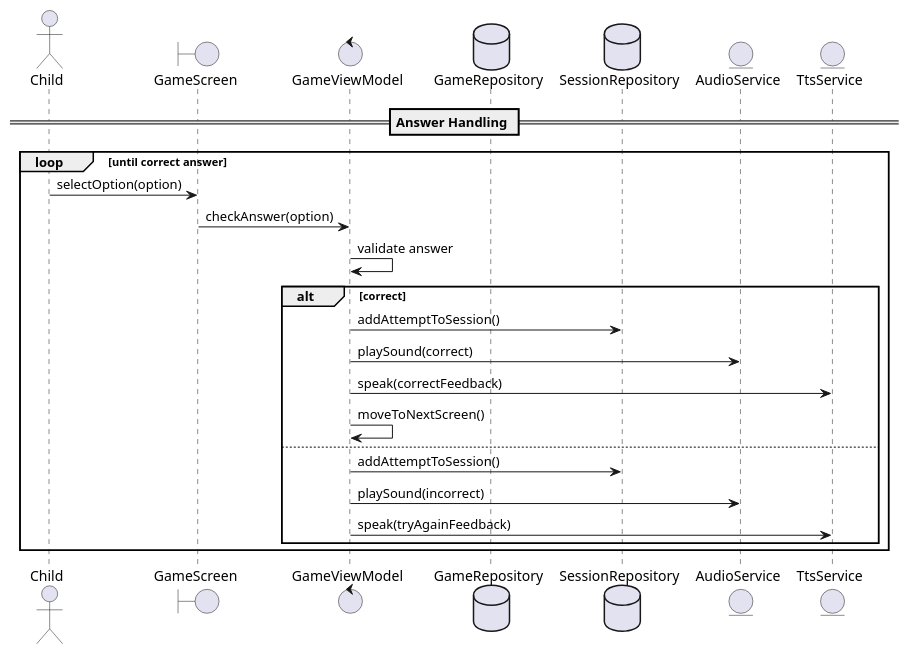
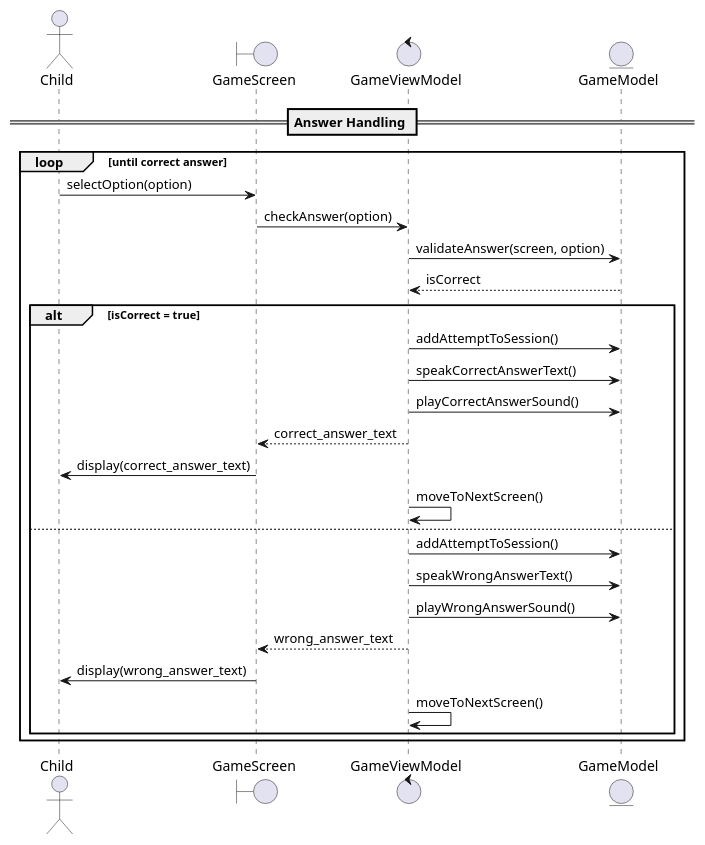
The diagram in docs/sequence diagrams/play_game_usecase/handle_answers.puml (YounesMakhlouf/PFA), drawn with PlantUML before and after one commit. The commit also changed 4 other files, not shown here.

Commit message:
update sequence diagrams

```diff
--- a/docs/sequence diagrams/play_game_usecase/handle_answers.puml
+++ b/docs/sequence diagrams/play_game_usecase/handle_answers.puml
@@ -1,23 +1,29 @@
 actor Child
 boundary GameScreen
 control GameViewModel
-database GameRepository
-database SessionRepository
-entity AudioService
-entity TtsService
- == Answer Handling ==
-        loop until correct answer
-            Child -> GameScreen: selectOption(option)
-            GameScreen -> GameViewModel: checkAnswer(option)
-            GameViewModel -> GameViewModel: validate answer
-            alt correct
-                GameViewModel -> SessionRepository: addAttemptToSession()
-                GameViewModel -> AudioService: playSound(correct)
-                GameViewModel -> TtsService: speak(correctFeedback)
-                GameViewModel -> GameViewModel: moveToNextScreen()
-            else
-                GameViewModel -> SessionRepository: addAttemptToSession()
-                GameViewModel -> AudioService: playSound(incorrect)
-                GameViewModel -> TtsService: speak(tryAgainFeedback)
-            end
-        end
+entity GameModel
+
+== Answer Handling ==
+loop until correct answer
+    Child -> GameScreen: selectOption(option)
+    GameScreen -> GameViewModel: checkAnswer(option)
+    GameViewModel -> GameModel: validateAnswer(screen, option)
+    GameModel --> GameViewModel : isCorrect
+
+    alt isCorrect = true
+        GameViewModel -> GameModel: addAttemptToSession()
+        GameViewModel -> GameModel: speakCorrectAnswerText()
+        GameViewModel -> GameModel: playCorrectAnswerSound()
+        GameViewModel --> GameScreen: correct_answer_text
+        GameScreen -> Child : display(correct_answer_text)
+        GameViewModel -> GameViewModel: moveToNextScreen()
+
+    else
+        GameViewModel -> GameModel: addAttemptToSession()
+        GameViewModel -> GameModel: speakWrongAnswerText()
+        GameViewModel -> GameModel: playWrongAnswerSound()
+        GameViewModel --> GameScreen: wrong_answer_text
+        GameScreen -> Child : display(wrong_answer_text)
+        GameViewModel -> GameViewModel: moveToNextScreen()
+    end
+end
```
